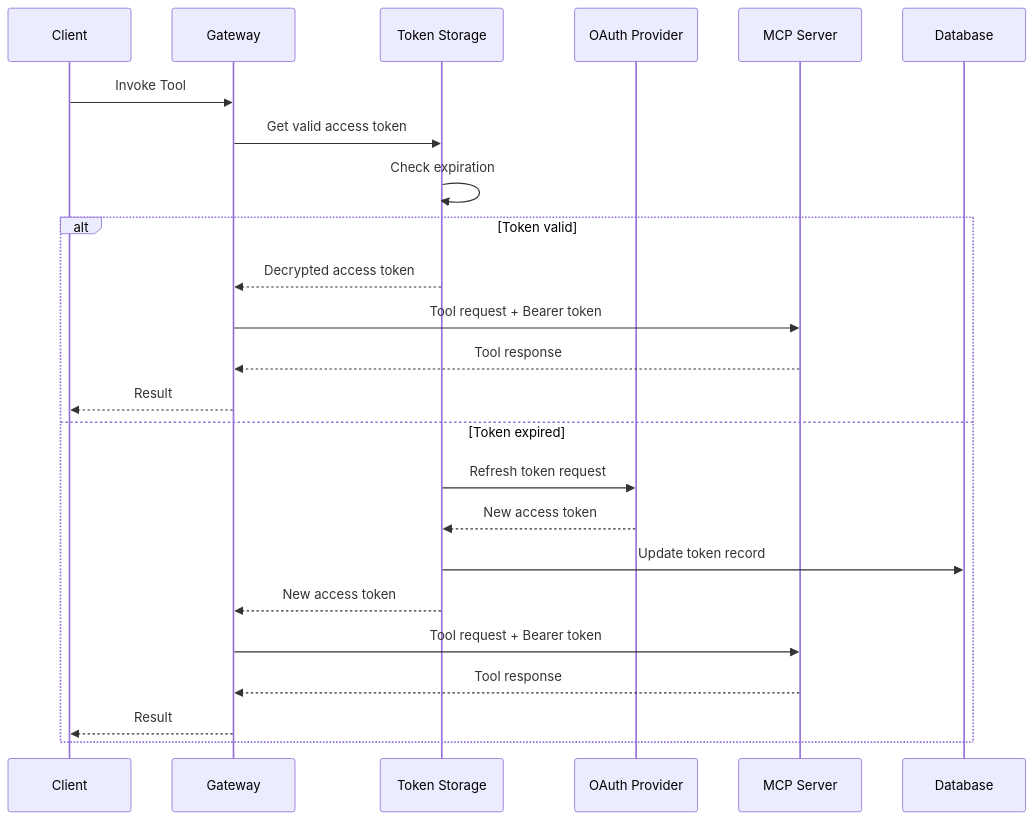
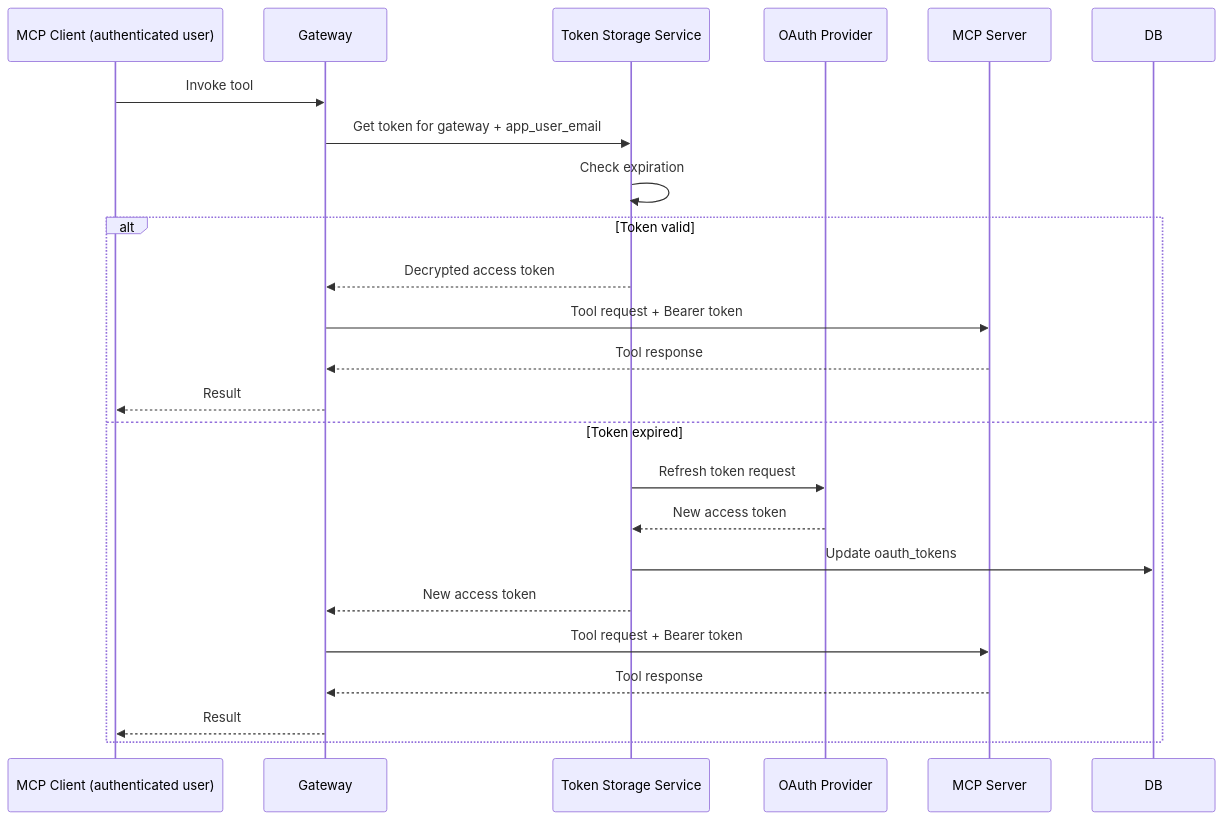
Before and after one commit to tedhabeck/mcp-context-forge: the third of 3 diagrams in docs/docs/architecture/oauth-authorization-code-ui-design.md, drawn with Mermaid. The commit also changed other lines of this file and 147 other files, not shown here.

First line of the commit message:
docs: refresh docs formatting, links, and diagrams (#2624)

````diff
--- a/docs/docs/architecture/oauth-authorization-code-ui-design.md
+++ b/docs/docs/architecture/oauth-authorization-code-ui-design.md
@@ -614,27 +173,27 @@
 ```mermaid
 sequenceDiagram
-    participant Client
+    participant Client as MCP Client (authenticated user)
     participant Gateway
-    participant Token Storage
-    participant OAuth Provider
-    participant MCP Server
+    participant TokenStore as Token Storage Service
+    participant Provider as OAuth Provider
+    participant MCP as MCP Server
 
-    Client->>Gateway: Invoke Tool
-    Gateway->>Token Storage: Get valid access token
-    Token Storage->>Token Storage: Check expiration
+    Client->>Gateway: Invoke tool
+    Gateway->>TokenStore: Get token for gateway + app_user_email
+    TokenStore->>TokenStore: Check expiration
 
     alt Token valid
-        Token Storage-->>Gateway: Decrypted access token
-        Gateway->>MCP Server: Tool request + Bearer token
-        MCP Server-->>Gateway: Tool response
+        TokenStore-->>Gateway: Decrypted access token
+        Gateway->>MCP: Tool request + Bearer token
+        MCP-->>Gateway: Tool response
         Gateway-->>Client: Result
     else Token expired
-        Token Storage->>OAuth Provider: Refresh token request
-        OAuth Provider-->>Token Storage: New access token
-        Token Storage->>Database: Update token record
-        Token Storage-->>Gateway: New access token
-        Gateway->>MCP Server: Tool request + Bearer token
-        MCP Server-->>Gateway: Tool response
+        TokenStore->>Provider: Refresh token request
+        Provider-->>TokenStore: New access token
+        TokenStore->>DB: Update oauth_tokens
+        TokenStore-->>Gateway: New access token
+        Gateway->>MCP: Tool request + Bearer token
+        MCP-->>Gateway: Tool response
         Gateway-->>Client: Result
     end
 ```
````
